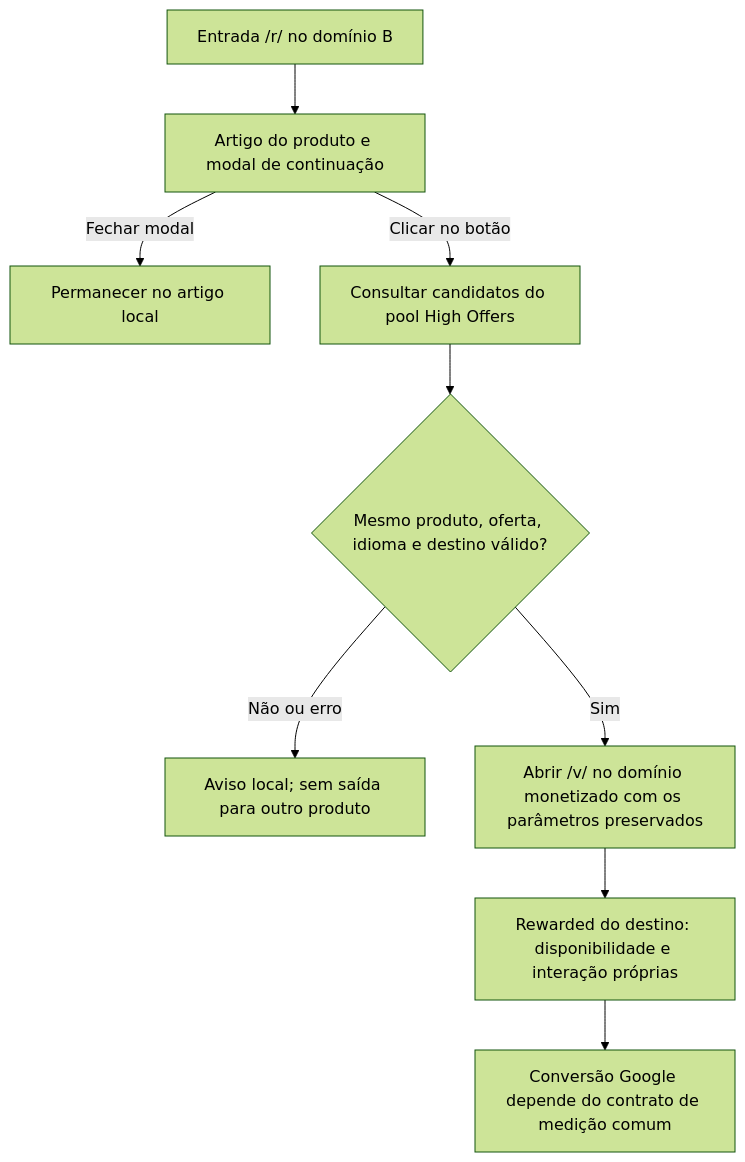
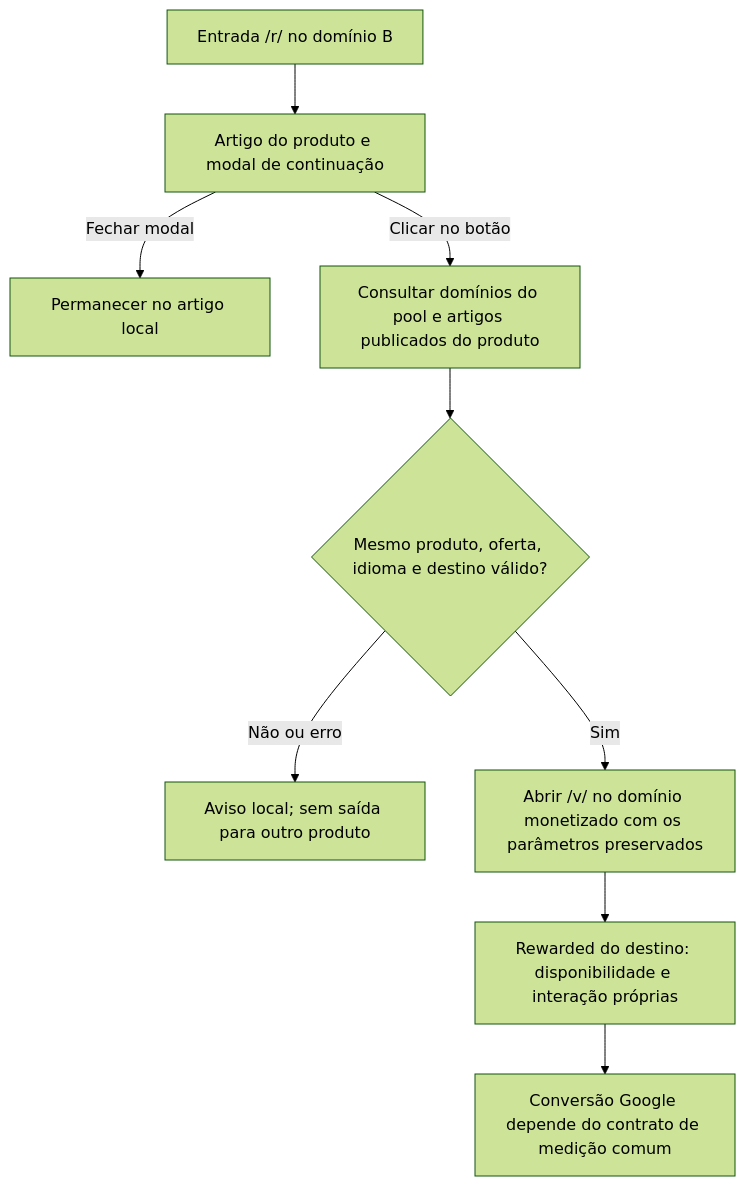
One commit to FernandohsSantos1/arb-gate-proeliocoin changed the diagram in LANCAMENTO.md. Above: the diagram before and after it, drawn with Mermaid (forest theme). The commit also changed other lines of this file, not shown here.

````diff
--- a/LANCAMENTO.md
+++ b/LANCAMENTO.md
@@ -21,11 +21,11 @@
 ```mermaid
 flowchart TD
     E["Entrada /r/ no domínio B"] --> P["Artigo do produto e modal de continuação"]
     P -->|"Fechar modal"| L["Permanecer no artigo local"]
-    P -->|"Clicar no botão"| Q["Consultar candidatos do pool High Offers"]
+    P -->|"Clicar no botão"| Q["Consultar domínios do pool e artigos publicados do produto"]
     Q --> V{"Mesmo produto, oferta, idioma e destino válido?"}
     V -->|"Não ou erro"| F["Aviso local; sem saída para outro produto"]
     V -->|"Sim"| D["Abrir /v/ no domínio monetizado com os parâmetros preservados"]
     D --> R["Rewarded do destino: disponibilidade e interação próprias"]
     R --> C["Conversão Google depende do contrato de medição comum"]
 ```
````
